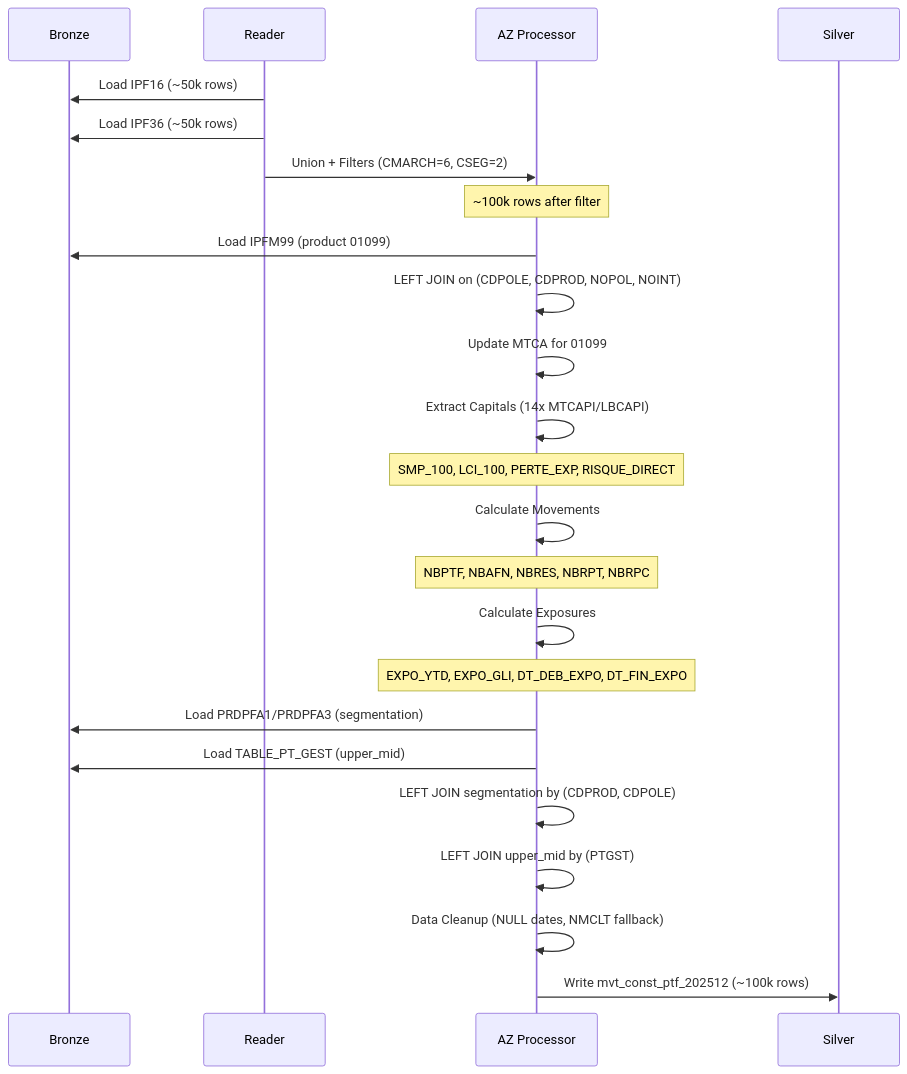
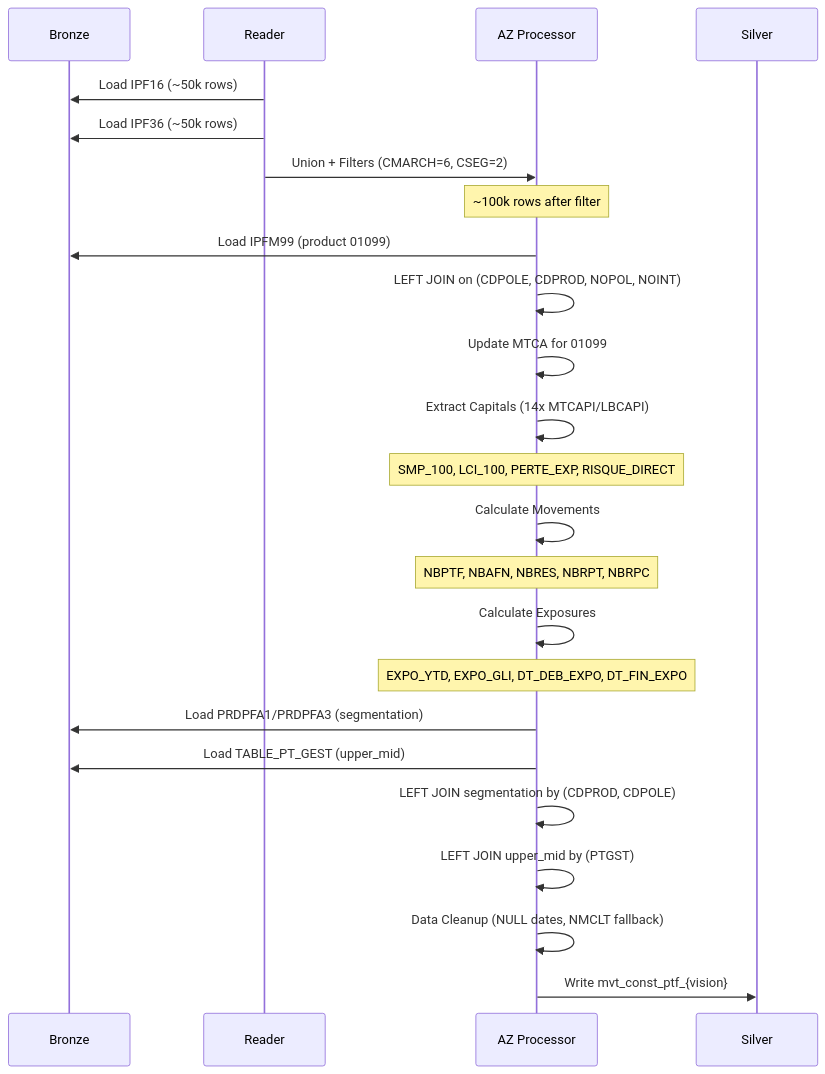
The first of 4 diagrams in code/new_python/docs/flux_donnees_pipelines.md (EngineerProjects/LocalIngest), drawn with Mermaid before and after one commit. The commit also changed other lines of this file and 11 other files, not shown here.

````diff
--- a/code/new_python/docs/flux_donnees_pipelines.md
+++ b/code/new_python/docs/flux_donnees_pipelines.md
@@ -21,35 +21,35 @@
 ```mermaid
 sequenceDiagram
     participant B as Bronze
     participant R as Reader
     participant AZ as AZ Processor
     participant S as Silver
     
     R->>B: Load IPF16 (~50k rows)
     R->>B: Load IPF36 (~50k rows)
     R->>AZ: Union + Filters (CMARCH=6, CSEG=2)
     
     Note over AZ: ~100k rows after filter
     
     AZ->>B: Load IPFM99 (product 01099)
     AZ->>AZ: LEFT JOIN on (CDPOLE, CDPROD, NOPOL, NOINT)
     AZ->>AZ: Update MTCA for 01099
     
     AZ->>AZ: Extract Capitals (14x MTCAPI/LBCAPI)
     Note over AZ: SMP_100, LCI_100, PERTE_EXP, RISQUE_DIRECT
     
     AZ->>AZ: Calculate Movements
     Note over AZ: NBPTF, NBAFN, NBRES, NBRPT, NBRPC
     
     AZ->>AZ: Calculate Exposures
     Note over AZ: EXPO_YTD, EXPO_GLI, DT_DEB_EXPO, DT_FIN_EXPO
     
     AZ->>B: Load PRDPFA1/PRDPFA3 (segmentation)
     AZ->>B: Load TABLE_PT_GEST (upper_mid)
     AZ->>AZ: LEFT JOIN segmentation by (CDPROD, CDPOLE)
     AZ->>AZ: LEFT JOIN upper_mid by (PTGST)
     
     AZ->>AZ: Data Cleanup (NULL dates, NMCLT fallback)
     
-    AZ->>S: Write mvt_const_ptf_202512 (~100k rows)
+    AZ->>S: Write mvt_const_ptf_{vision}
 ```
````
